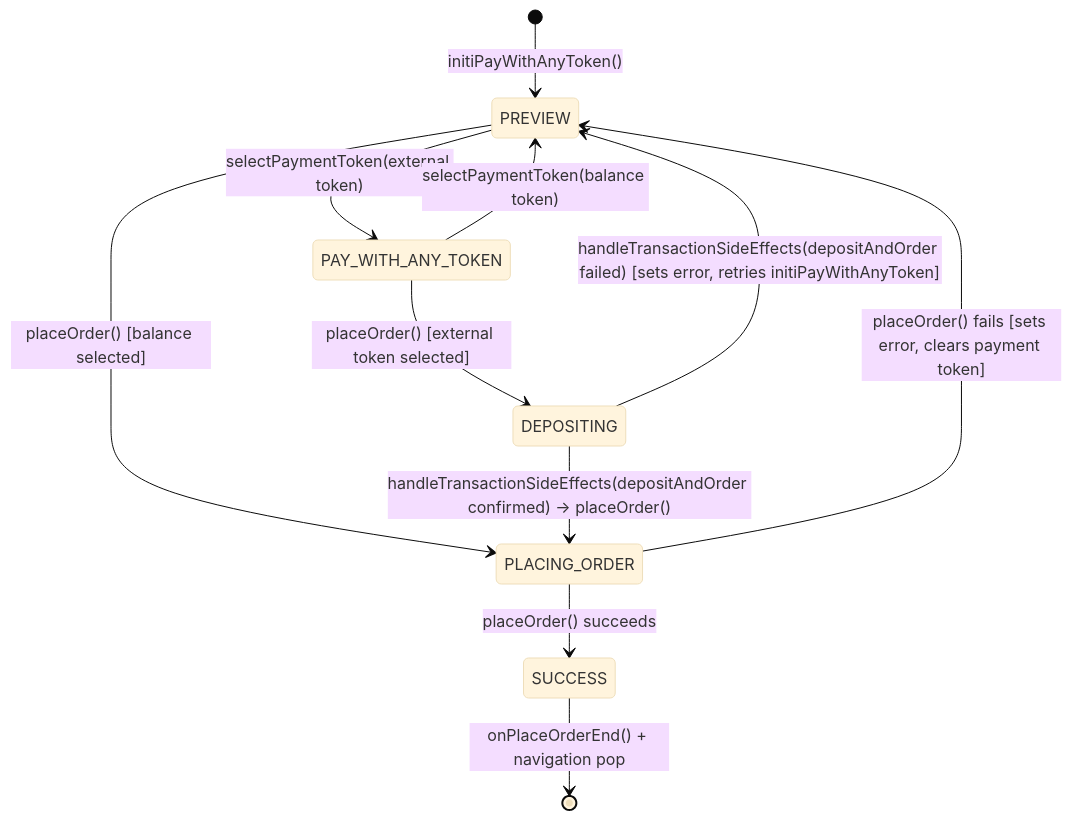
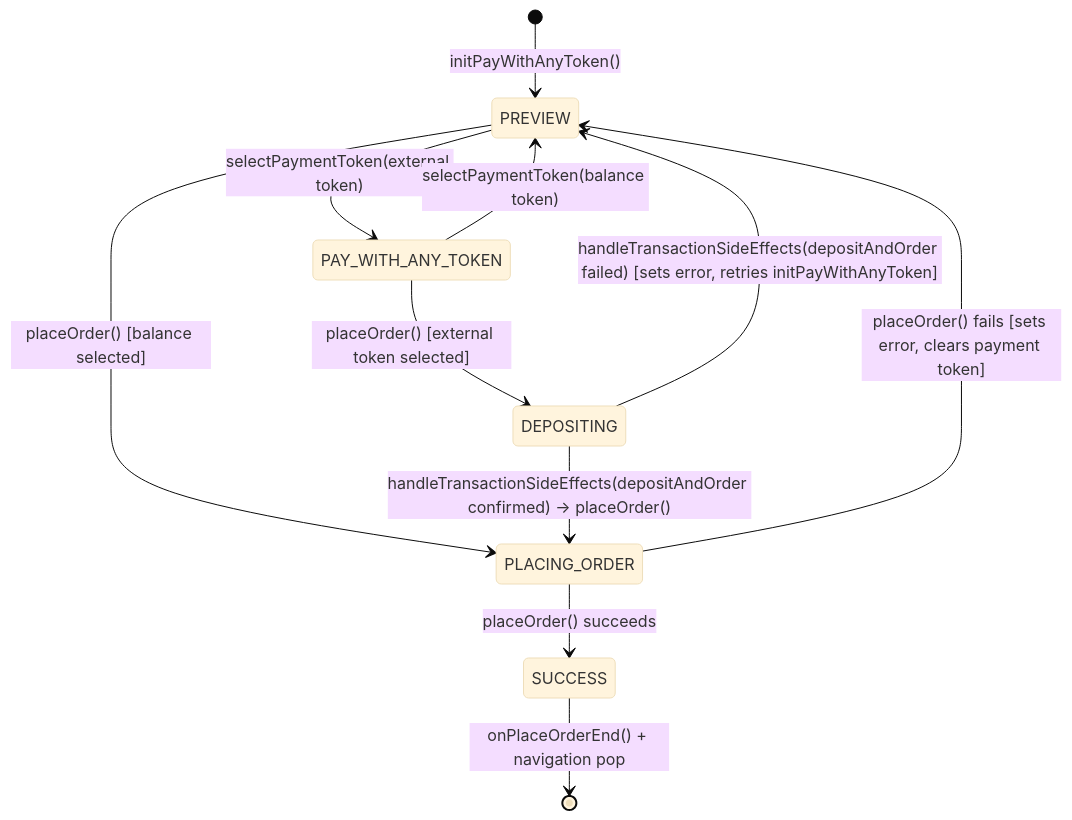
The diagram in app/components/UI/Predict/README.md (MetaMask/metamask-mobile), drawn with Mermaid (base theme) before and after one commit. The commit also changed other lines of this file and 4 other files, not shown here.

````diff
--- a/app/components/UI/Predict/README.md
+++ b/app/components/UI/Predict/README.md
@@ -204,18 +204,18 @@
 ```mermaid
 stateDiagram-v2
-    [*] --> PREVIEW: initiPayWithAnyToken()
+    [*] --> PREVIEW: initPayWithAnyToken()
 
     PREVIEW --> PAY_WITH_ANY_TOKEN: selectPaymentToken(external token)
     PAY_WITH_ANY_TOKEN --> PREVIEW: selectPaymentToken(balance token)
 
     PREVIEW --> PLACING_ORDER: placeOrder() [balance selected]
     PAY_WITH_ANY_TOKEN --> DEPOSITING: placeOrder() [external token selected]
 
     DEPOSITING --> PLACING_ORDER: handleTransactionSideEffects(depositAndOrder confirmed) → placeOrder()
-    DEPOSITING --> PREVIEW: handleTransactionSideEffects(depositAndOrder failed) [sets error, retries initiPayWithAnyToken]
+    DEPOSITING --> PREVIEW: handleTransactionSideEffects(depositAndOrder failed) [sets error, retries initPayWithAnyToken]
 
     PLACING_ORDER --> SUCCESS: placeOrder() succeeds
     PLACING_ORDER --> PREVIEW: placeOrder() fails [sets error, clears payment token]
 
     SUCCESS --> [*]: onPlaceOrderEnd() + navigation pop
 ```
````
